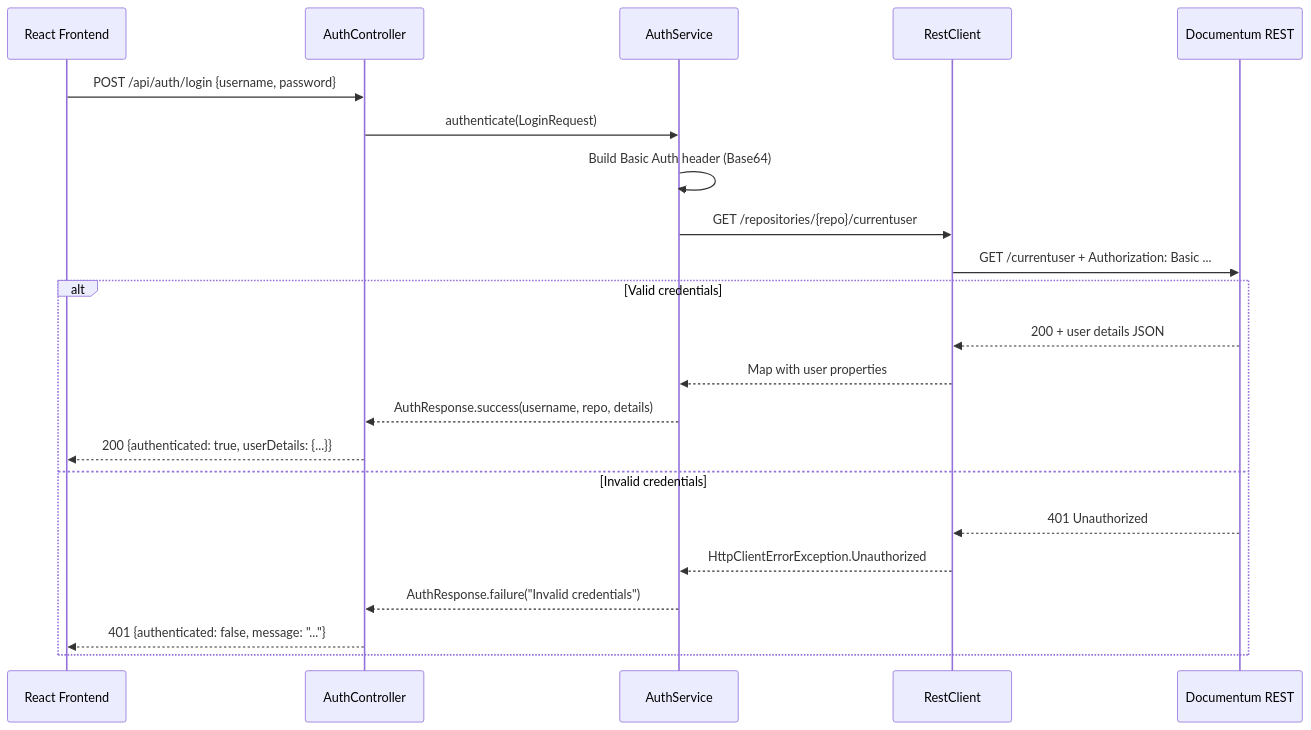
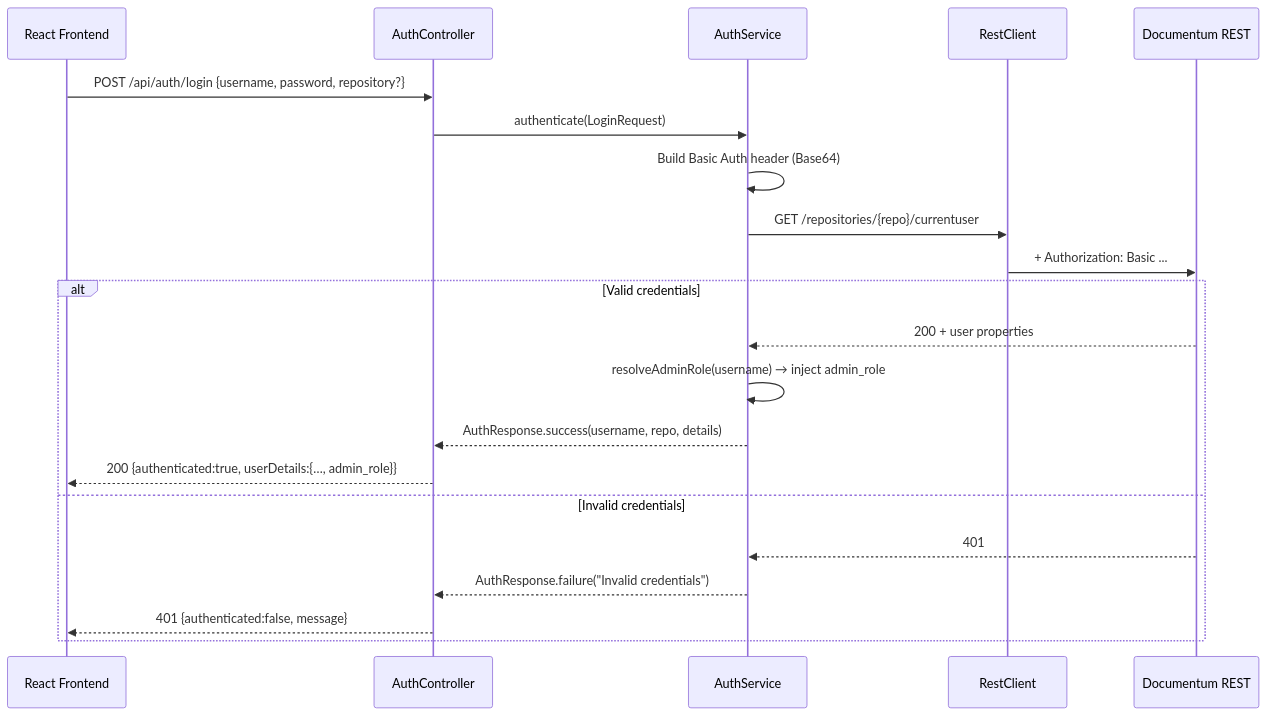
The second of 6 diagrams in techdocs/backend-architecture.md (Ramanjaneyulu-V-V-S/NEO-ADMIN), drawn with Mermaid before and after one commit. The commit also changed other lines of this file, not shown here.

First line of the commit message:
docs: rewrite backend architecture doc to match current backend

````diff
--- a/techdocs/backend-architecture.md
+++ b/techdocs/backend-architecture.md
@@ -150,25 +360,24 @@
 ```mermaid
 sequenceDiagram
     participant FE as React Frontend
     participant AC as AuthController
     participant AS as AuthService
     participant RC as RestClient
     participant DCTM as Documentum REST
 
-    FE->>AC: POST /api/auth/login {username, password}
+    FE->>AC: POST /api/auth/login {username, password, repository?}
     AC->>AS: authenticate(LoginRequest)
     AS->>AS: Build Basic Auth header (Base64)
     AS->>RC: GET /repositories/{repo}/currentuser
-    RC->>DCTM: GET /currentuser + Authorization: Basic ...
+    RC->>DCTM: + Authorization: Basic ...
     alt Valid credentials
-        DCTM-->>RC: 200 + user details JSON
-        RC-->>AS: Map with user properties
+        DCTM-->>AS: 200 + user properties
+        AS->>AS: resolveAdminRole(username) → inject admin_role
         AS-->>AC: AuthResponse.success(username, repo, details)
-        AC-->>FE: 200 {authenticated: true, userDetails: {...}}
+        AC-->>FE: 200 {authenticated:true, userDetails:{…, admin_role}}
     else Invalid credentials
-        DCTM-->>RC: 401 Unauthorized
-        RC-->>AS: HttpClientErrorException.Unauthorized
+        DCTM-->>AS: 401
         AS-->>AC: AuthResponse.failure("Invalid credentials")
-        AC-->>FE: 401 {authenticated: false, message: "..."}
+        AC-->>FE: 401 {authenticated:false, message}
     end
 ```
````
